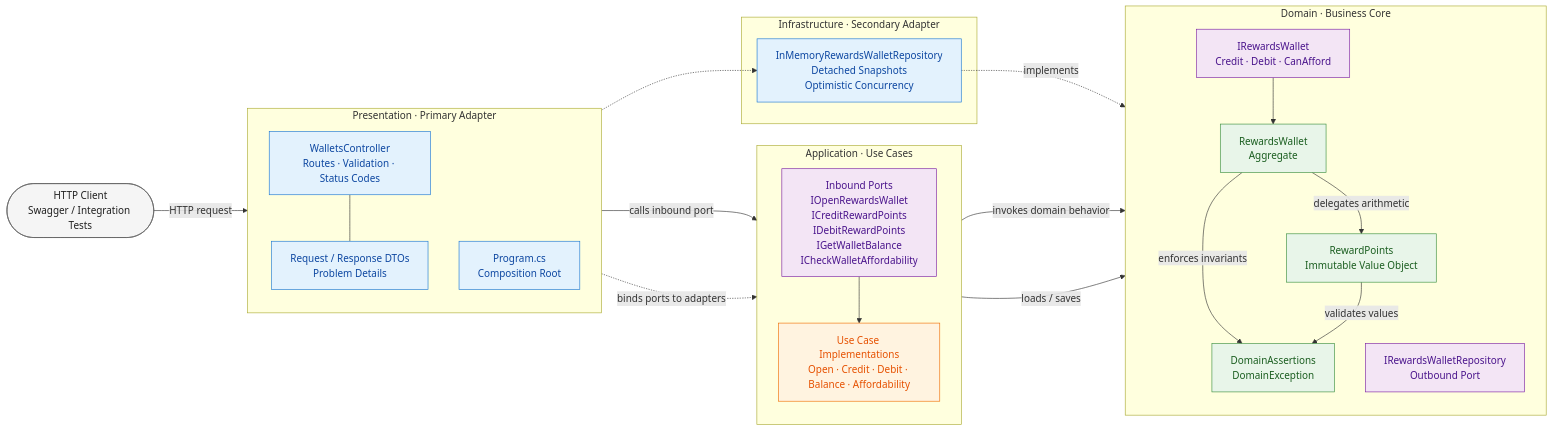
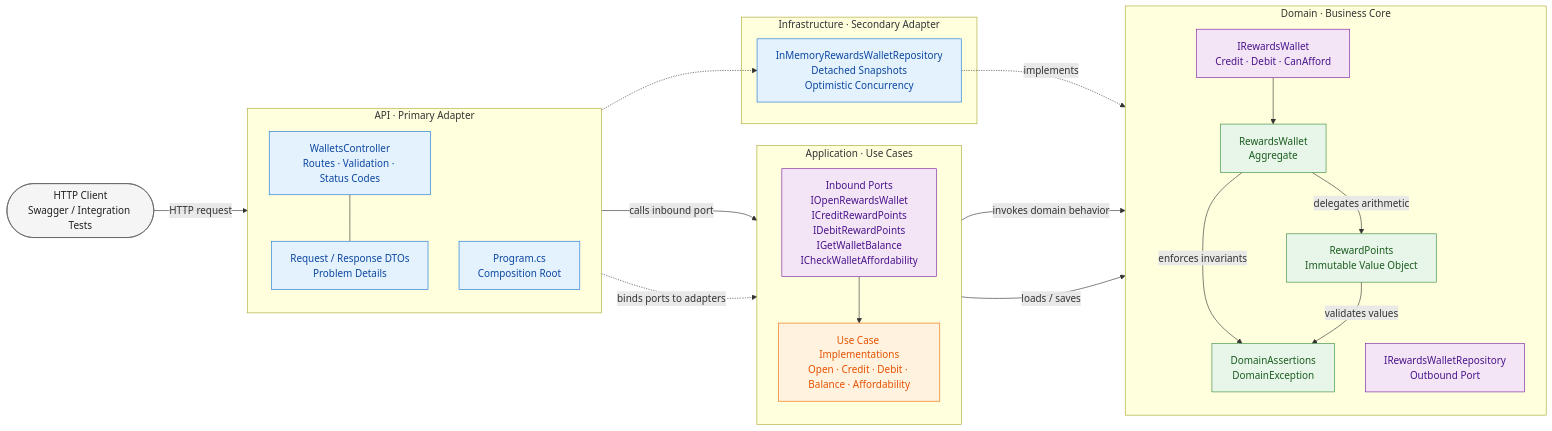
The first of 2 diagrams in README.md (rfulgencio3/RewardFlow.SuppleDesign), drawn with Mermaid before and after one commit. The commit also changed other lines of this file and 13 other files, not shown here.

Commit message:
refactor: rename presentation project to api (#2)

````diff
--- a/README.md
+++ b/README.md
@@ -161,56 +163,56 @@
 ```mermaid
 flowchart LR
     Client([HTTP Client<br/>Swagger / Integration Tests])
 
-    subgraph Presentation["Presentation · Primary Adapter"]
+    subgraph Api["API · Primary Adapter"]
         direction TB
         Controller["WalletsController<br/>Routes · Validation · Status Codes"]
         DTOs["Request / Response DTOs<br/>Problem Details"]
         Composition["Program.cs<br/>Composition Root"]
         Controller --- DTOs
     end
 
     subgraph Application["Application · Use Cases"]
         direction TB
         InboundPorts["Inbound Ports<br/>IOpenRewardsWallet<br/>ICreditRewardPoints<br/>IDebitRewardPoints<br/>IGetWalletBalance<br/>ICheckWalletAffordability"]
         UseCases["Use Case Implementations<br/>Open · Credit · Debit · Balance · Affordability"]
         InboundPorts --> UseCases
     end
 
     subgraph Domain["Domain · Business Core"]
         direction TB
         WalletPort["IRewardsWallet<br/>Credit · Debit · CanAfford"]
         Wallet["RewardsWallet<br/>Aggregate"]
         Points["RewardPoints<br/>Immutable Value Object"]
         Rules["DomainAssertions<br/>DomainException"]
         RepositoryPort["IRewardsWalletRepository<br/>Outbound Port"]
 
         WalletPort --> Wallet
         Wallet -->|delegates arithmetic| Points
         Wallet -->|enforces invariants| Rules
         Points -->|validates values| Rules
     end
 
     subgraph Infrastructure["Infrastructure · Secondary Adapter"]
         Repository["InMemoryRewardsWalletRepository<br/>Detached Snapshots<br/>Optimistic Concurrency"]
     end
 
     Client -->|HTTP request| Controller
     Controller -->|calls inbound port| InboundPorts
     UseCases -->|invokes domain behavior| WalletPort
     UseCases -->|loads / saves| RepositoryPort
     Repository -.->|implements| RepositoryPort
     Composition -.->|binds ports to adapters| InboundPorts
     Composition -.-> Repository
 
     classDef external fill:#f5f5f5,stroke:#616161,color:#212121
     classDef adapter fill:#e3f2fd,stroke:#1976d2,color:#0d47a1
     classDef application fill:#fff3e0,stroke:#ef6c00,color:#e65100
     classDef domain fill:#e8f5e9,stroke:#388e3c,color:#1b5e20
     classDef port fill:#f3e5f5,stroke:#7b1fa2,color:#4a148c
     class Client external
     class Controller,DTOs,Composition,Repository adapter
     class UseCases application
     class Wallet,Points,Rules domain
     class InboundPorts,WalletPort,RepositoryPort port
 ```
````
